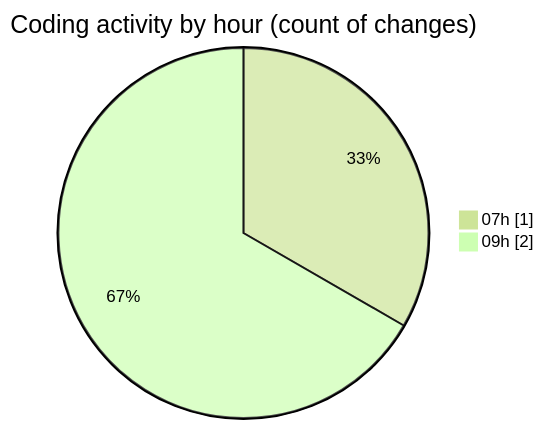
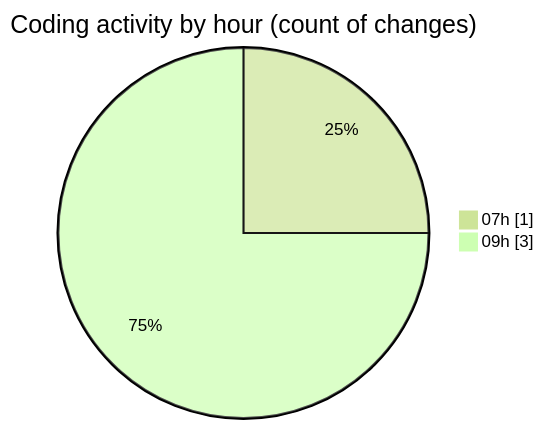
Before and after one commit to becaeroporto-bot/code-tracking: the second of 2 diagrams in 2026-02-17/id_ia/README.md, drawn with Mermaid (forest theme). The commit also changed other lines of this file and 1 other file, not shown here.

````diff
--- a/2026-02-17/id_ia/README.md
+++ b/2026-02-17/id_ia/README.md
@@ -30,6 +32,6 @@
 ```mermaid
 pie showData
 title Coding activity by hour (count of changes)
 "07h" : 1
-"09h" : 2
+"09h" : 3
 ```
````
